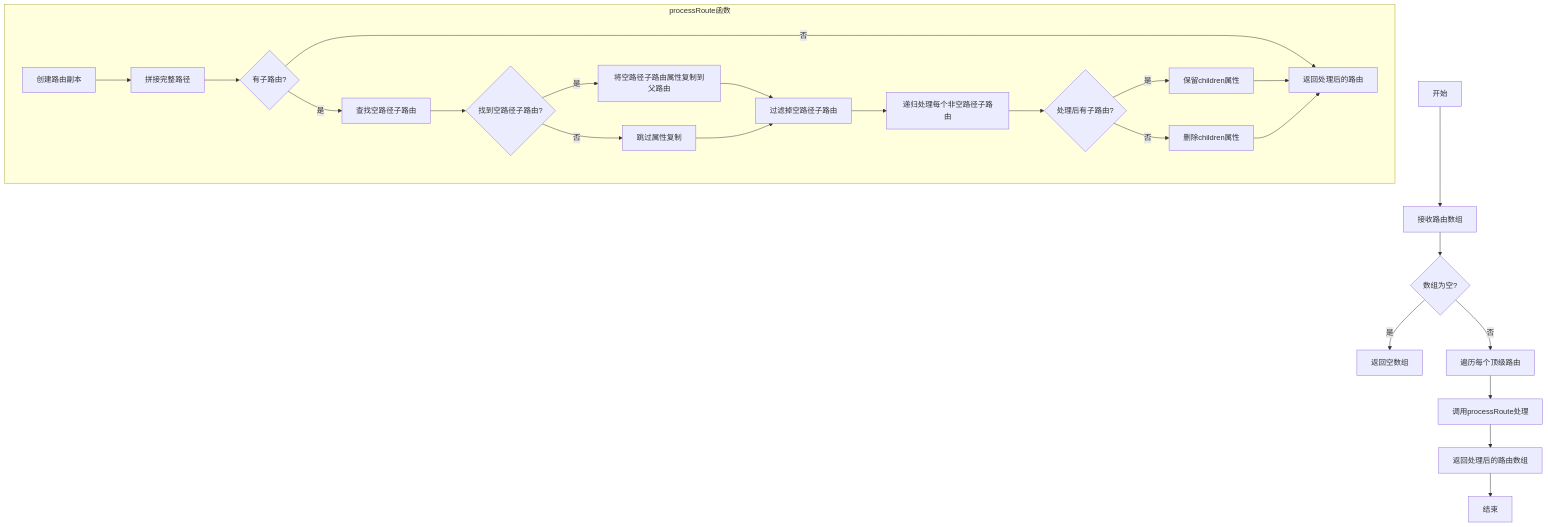
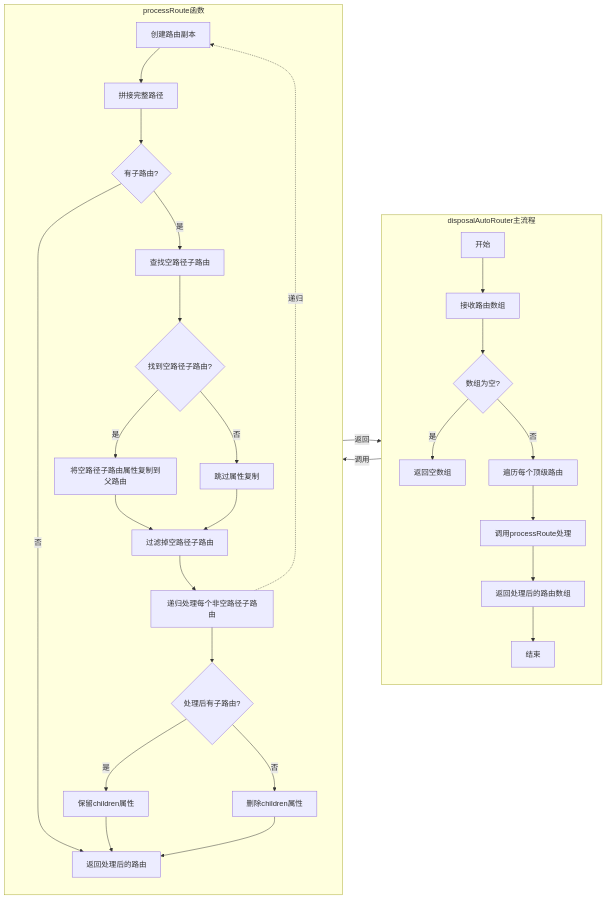
The diagram in packages/utils/src/unplugin-vue-router/disposal-auto-router/index.md (ruan-cat/monorepo), drawn with Mermaid before and after one commit.

Commit message:
📃 docs(utils): 让AI优化mermaid图表。

````diff
--- a/packages/utils/src/unplugin-vue-router/disposal-auto-router/index.md
+++ b/packages/utils/src/unplugin-vue-router/disposal-auto-router/index.md
@@ -47,28 +47,45 @@
 ```mermaid
-flowchart TD
-    A[开始] --> B[接收路由数组]
-    B --> C{数组为空?}
-    C -->|是| D[返回空数组]
-    C -->|否| E[遍历每个顶级路由]
-    E --> F[调用processRoute处理]
-    F --> G[返回处理后的路由数组]
-    G --> H[结束]
+flowchart LR
+    %% 设置图表方向为左到右
 
-    subgraph processRoute函数
+    %% 主流程（左侧）
+    subgraph Main[disposalAutoRouter主流程]
+        direction TB
+        A[开始] --> B[接收路由数组]
+        B --> C{数组为空?}
+        C -->|是| D[返回空数组]
+        C -->|否| E[遍历每个顶级路由]
+        E --> F[调用processRoute处理]
+        F --> G[返回处理后的路由数组]
+        G --> H[结束]
+    end
+
+    %% 连接主流程和子流程
+    Main --> |调用| PR
+
+    %% processRoute子流程（右侧）
+    subgraph PR[processRoute函数]
+        direction TB
         P1[创建路由副本] --> P2[拼接完整路径]
         P2 --> P3{有子路由?}
         P3 -->|否| P8[返回处理后的路由]
         P3 -->|是| P4[查找空路径子路由]
         P4 --> P5{找到空路径子路由?}
         P5 -->|是| P6[将空路径子路由属性复制到父路由]
         P5 -->|否| P7[跳过属性复制]
         P6 --> P9[过滤掉空路径子路由]
         P7 --> P9
         P9 --> P10[递归处理每个非空路径子路由]
         P10 --> P11{处理后有子路由?}
         P11 -->|是| P12[保留children属性]
         P11 -->|否| P13[删除children属性]
         P12 --> P8
         P13 --> P8
+
+        %% 递归调用自身
+        P10 -.->|递归| P1
     end
+
+    %% 返回处理结果
+    PR --> |返回| Main
 ```
````
